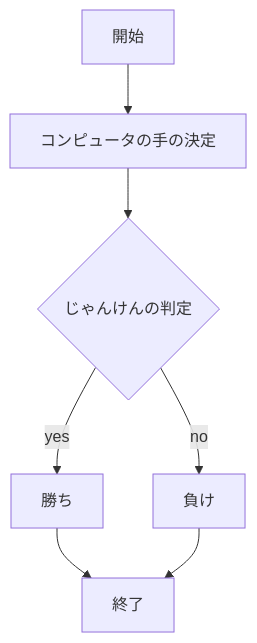
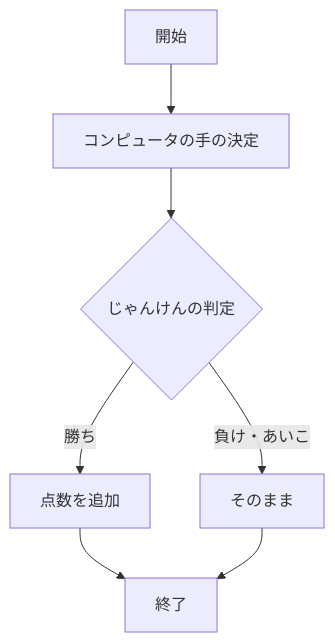
One commit to yuta0928/webpro_06 changed the diagram in README.md. Above: the diagram before and after it, drawn with Mermaid.

````diff
--- a/README.md
+++ b/README.md
@@ -60,17 +60,17 @@
 ```mermaid
 flowchart TD;
 
 start["開始"];
 end1["終了"]
 one["コンピュータの手の決定"]
 if{"じゃんけんの判定"}
-win["勝ち"]
-loose["負け"]
+win["点数を追加"]
+loose["そのまま"]
 
 start --> one
 one --> if
-if -->|yes| win
+if -->|勝ち| win
 win --> end1
-if -->|no| loose
+if -->|負け・あいこ| loose
 loose --> end1
 ```
````
